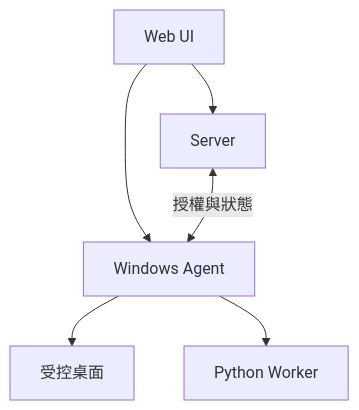
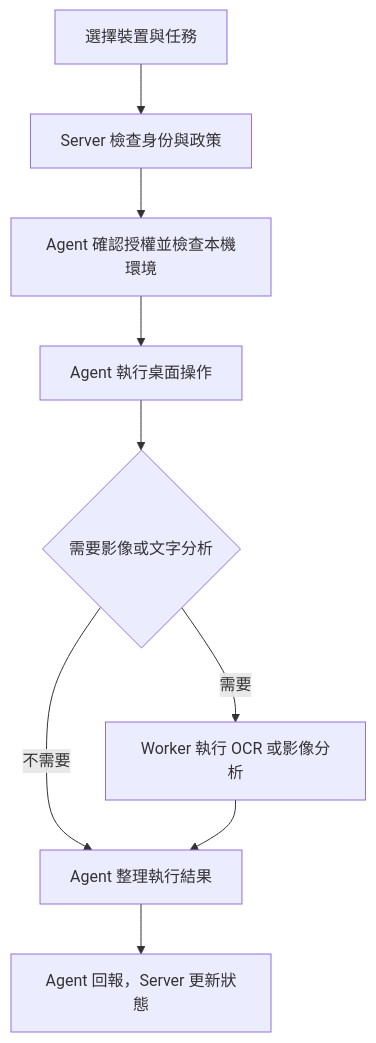
Before and after one commit to highhao/desktop-control-platform: the first of 2 diagrams in README.md, drawn with Mermaid. The commit also changed other lines of this file, not shown here.

Commit message:
Add project rationale and visual architecture

````diff
--- a/README.md
+++ b/README.md
@@ -7,8 +7,11 @@
 ```mermaid
 flowchart TB
-    UI[Web UI] --> Server[Server]
-    UI --> Agent[Windows Agent]
-    Server <-->|授權與狀態| Agent
-    Agent --> Desktop[受控桌面]
-    Agent --> Worker[Python Worker]
+    A[選擇裝置與任務] --> B[Server 檢查身份與政策]
+    B --> C[Agent 確認授權並檢查本機環境]
+    C --> D[Agent 執行桌面操作]
+    D --> E{需要影像或文字分析}
+    E -->|需要| F[Worker 執行 OCR 或影像分析]
+    E -->|不需要| G[Agent 整理執行結果]
+    F --> G
+    G --> H[Agent 回報，Server 更新狀態]
 ```
````
